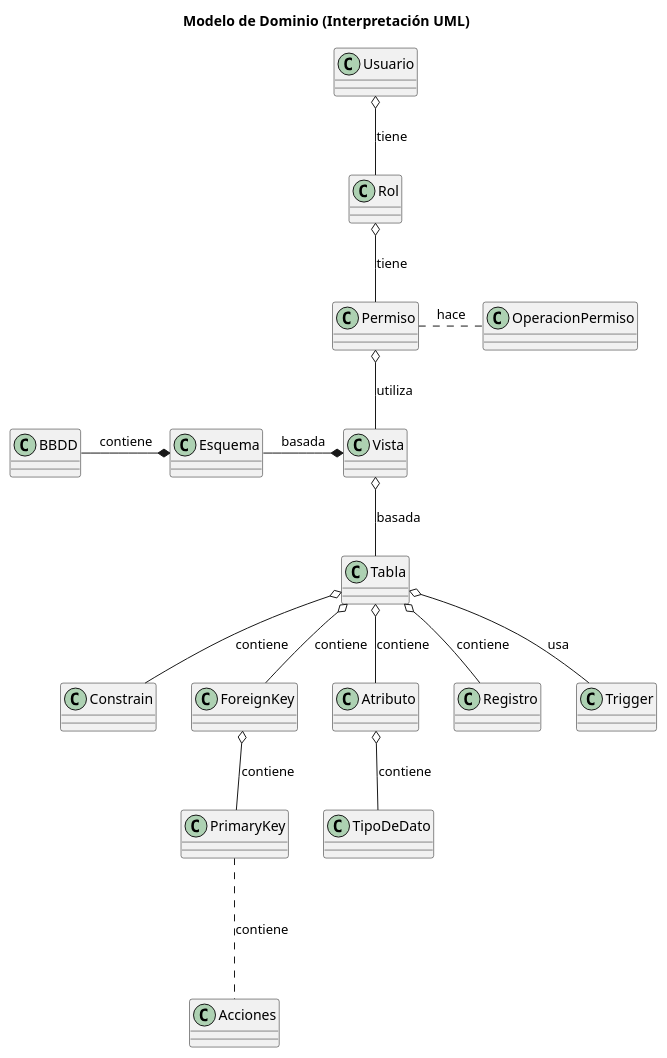
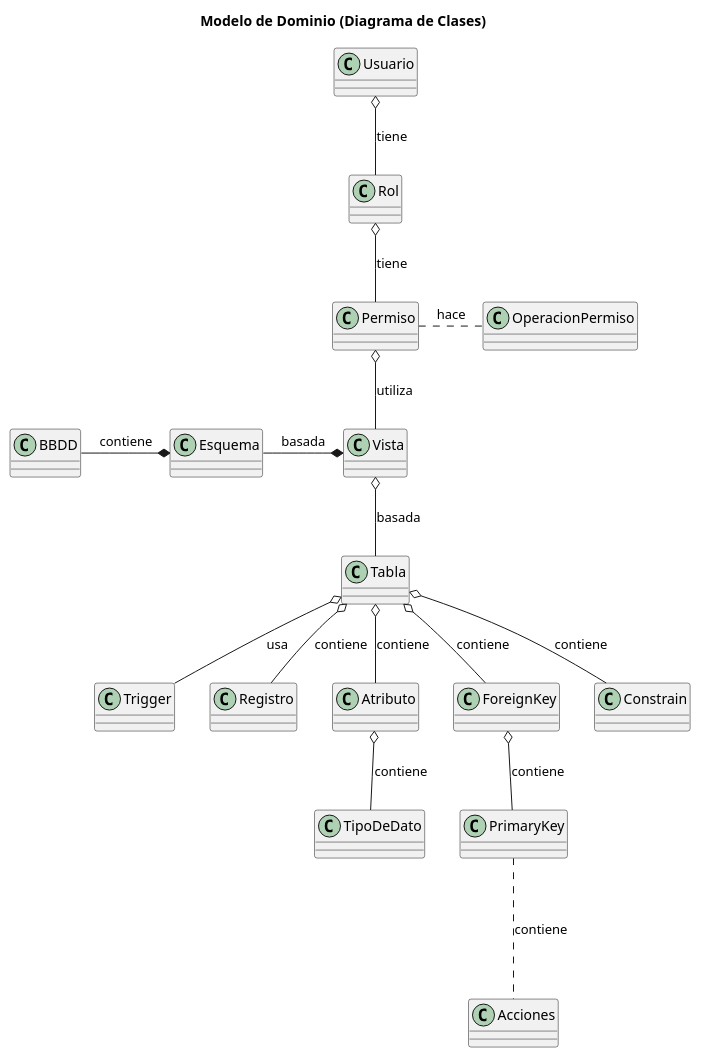
Before and after one commit to Pareyor/25-26-IDSW1: the diagram in entregas/reyPablo/diagramaClases/DiagramaClases.puml, drawn with PlantUML. The commit also changed 1 other file, not shown here.

Commit message:
Ultimos cambios del diagrama de clases

```diff
--- a/entregas/reyPablo/diagramaClases/DiagramaClases.puml
+++ b/entregas/reyPablo/diagramaClases/DiagramaClases.puml
@@ -1,55 +1,59 @@
 @startuml
-title Modelo de Dominio (Interpretación UML)
+title Modelo de Dominio (Diagrama de Clases)
 
-' Definición de Clases
+
 class Usuario
 class Rol
 class Permiso
 class OperacionPermiso
 class Vista
 class Esquema
 class BBDD
 class Tabla
-class Constrain
+class Trigger
+class Registro
+class Atributo
+class TipoDeDato
 class ForeignKey
 class PrimaryKey
 class Acciones
-class Atributo
-class TipoDeDato
-class Registro
-class Trigger
+class Constrain
+
+
+
+
 
 
 
 
 Usuario  o-d-  Rol : tiene
 
 Rol  o-d-  Permiso : tiene
 
 Permiso o-d- Vista : utiliza
 
 Vista o-d- Tabla : basada
 
 Tabla o-d- Constrain : contiene
 
 Tabla o-d- ForeignKey : contiene
 
 ForeignKey o-d- PrimaryKey : contiene
 
 PrimaryKey ..d. Acciones : contiene
 
 Tabla o-d- Atributo : contiene
 
 Atributo o-d-TipoDeDato : contiene
 
 Tabla o-d- Registro : contiene
 
 Tabla o-d- Trigger : usa
 
 Permiso ..r.. OperacionPermiso : hace
 
 Vista *-l- Esquema : basada
 
 Esquema *-l- BBDD : contiene
 
 @enduml
```
